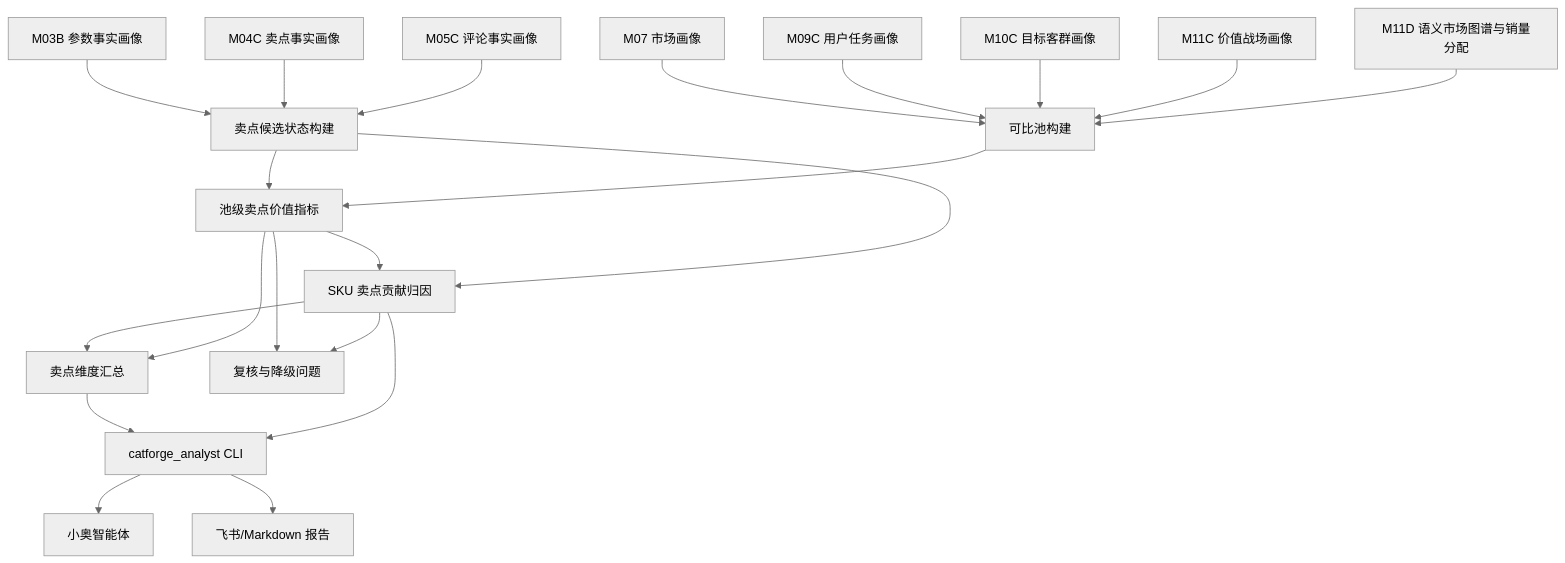
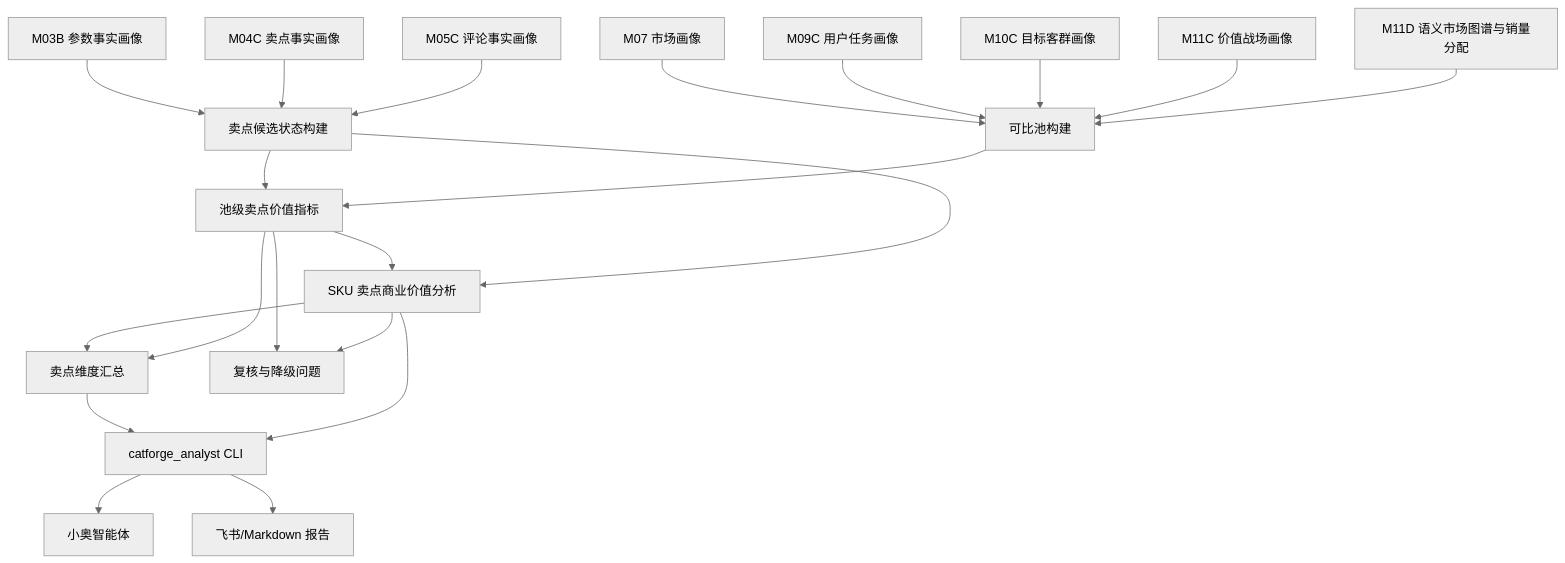
One commit to zssggle-rgb/catforge changed the diagram in docs/core3_mvp/real_data_v2/sop_detailed_design/M12C_claim_value_quantification_design.md. Above: the diagram before and after it, drawn with Mermaid (neutral theme). The commit also changed other lines of this file and 11 other files, not shown here.

````diff
--- a/docs/core3_mvp/real_data_v2/sop_detailed_design/M12C_claim_value_quantification_design.md
+++ b/docs/core3_mvp/real_data_v2/sop_detailed_design/M12C_claim_value_quantification_design.md
@@ -29,43 +29,43 @@
 ```mermaid
 flowchart TD
   M03B["M03B 参数事实画像"]
   M04C["M04C 卖点事实画像"]
   M05C["M05C 评论事实画像"]
   M07["M07 市场画像"]
   M09C["M09C 用户任务画像"]
   M10C["M10C 目标客群画像"]
   M11C["M11C 价值战场画像"]
   M11D["M11D 语义市场图谱与销量分配"]
 
   Candidate["卖点候选状态构建"]
   Pool["可比池构建"]
   Metric["池级卖点价值指标"]
-  Attribution["SKU 卖点贡献归因"]
+  Attribution["SKU 卖点商业价值分析"]
   Summary["卖点维度汇总"]
   Review["复核与降级问题"]
 
   CLI["catforge_analyst CLI"]
   Agent["小奥智能体"]
   Report["飞书/Markdown 报告"]
 
   M03B --> Candidate
   M04C --> Candidate
   M05C --> Candidate
   M07 --> Pool
   M09C --> Pool
   M10C --> Pool
   M11C --> Pool
   M11D --> Pool
   Candidate --> Metric
   Pool --> Metric
   Metric --> Attribution
   Candidate --> Attribution
   Attribution --> Summary
   Metric --> Summary
   Metric --> Review
   Attribution --> Review
   Summary --> CLI
   Attribution --> CLI
   CLI --> Agent
   CLI --> Report
 ```
````
